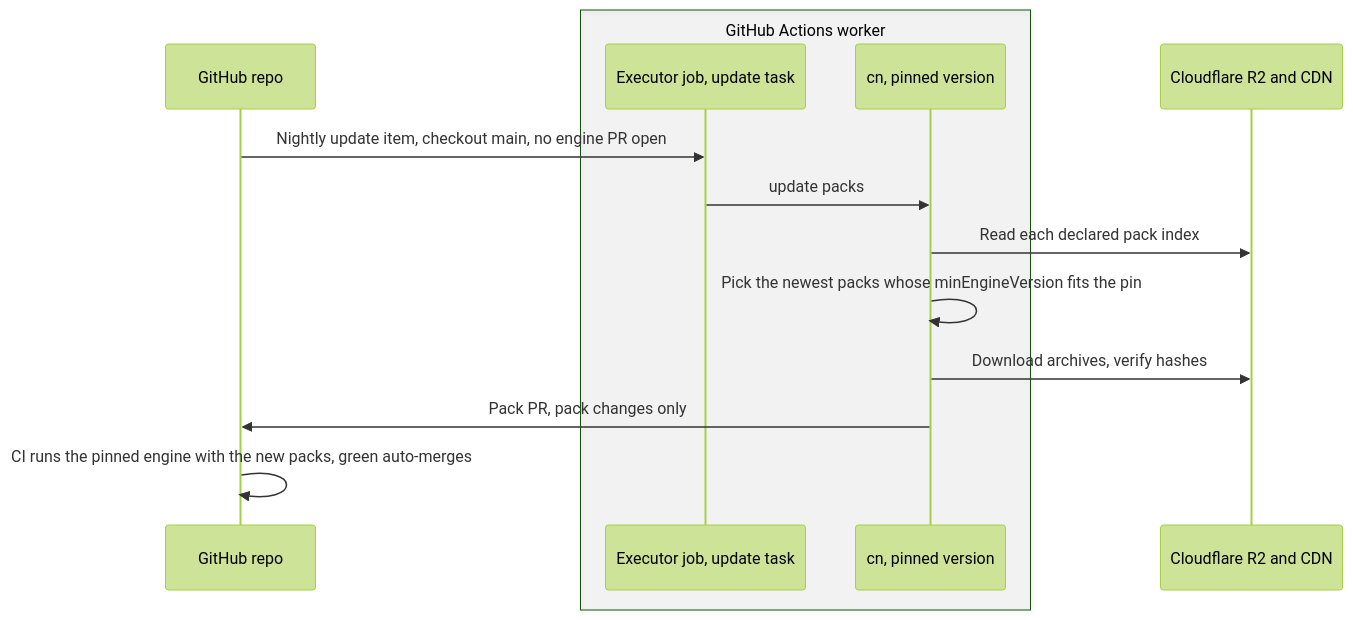
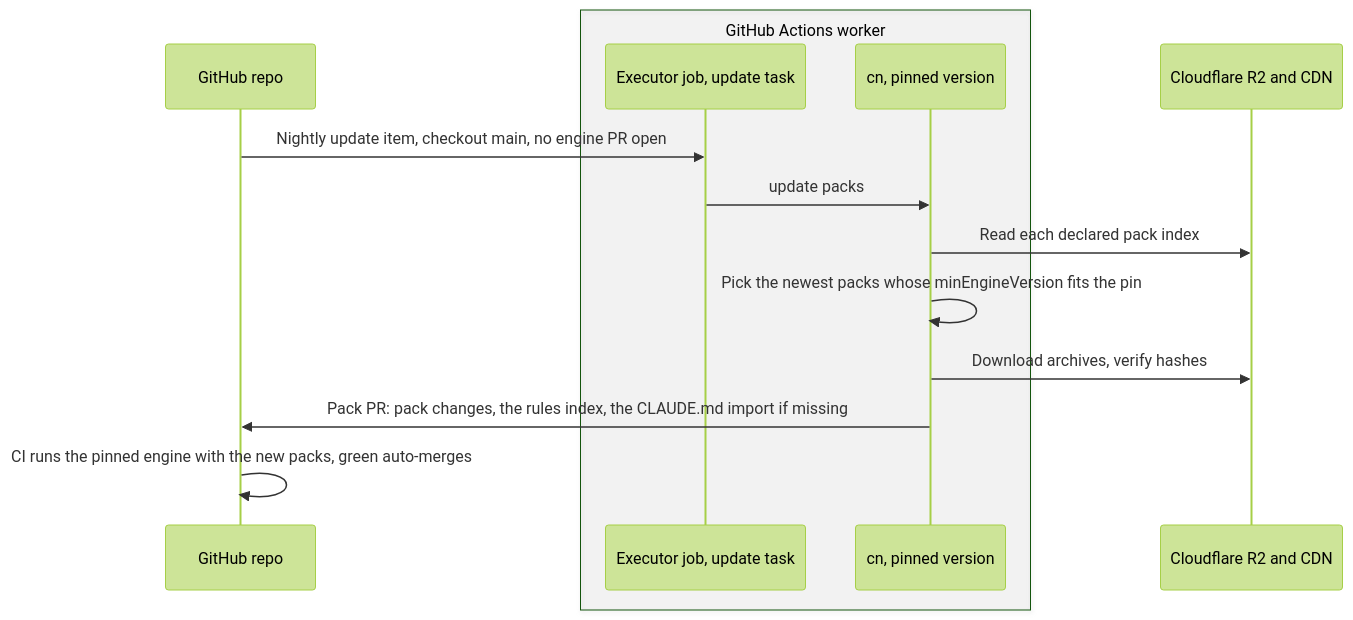
Before and after one commit to missingbulb/ClaudiniteEngine: the seventh of 8 diagrams in docs/design.md, drawn with Mermaid (forest theme). The commit also changed other lines of this file, not shown here.

Commit message:
docs: the pack PR appends the CLAUDE.md import, and SessionStart names a missing one
Refs #33

Claude-Session: https://claude.ai/code/session_01RLeyDsEzPVwpYR2Ved1u7E

````diff
--- a/docs/design.md
+++ b/docs/design.md
@@ -459,16 +459,16 @@
 ```mermaid
 sequenceDiagram
   participant GH as GitHub repo
   box rgba(128,128,128,0.08) GitHub Actions worker
     participant J as Executor job, update task
     participant B as cn, pinned version
   end
   participant R2 as Cloudflare R2 and CDN
   GH->>J: Nightly update item, checkout main, no engine PR open
   J->>B: update packs
   B->>R2: Read each declared pack index
   B->>B: Pick the newest packs whose minEngineVersion fits the pin
   B->>R2: Download archives, verify hashes
-  B->>GH: Pack PR, pack changes only
+  B->>GH: Pack PR: pack changes, the rules index, the CLAUDE.md import if missing
   GH->>GH: CI runs the pinned engine with the new packs, green auto-merges
 ```
````
